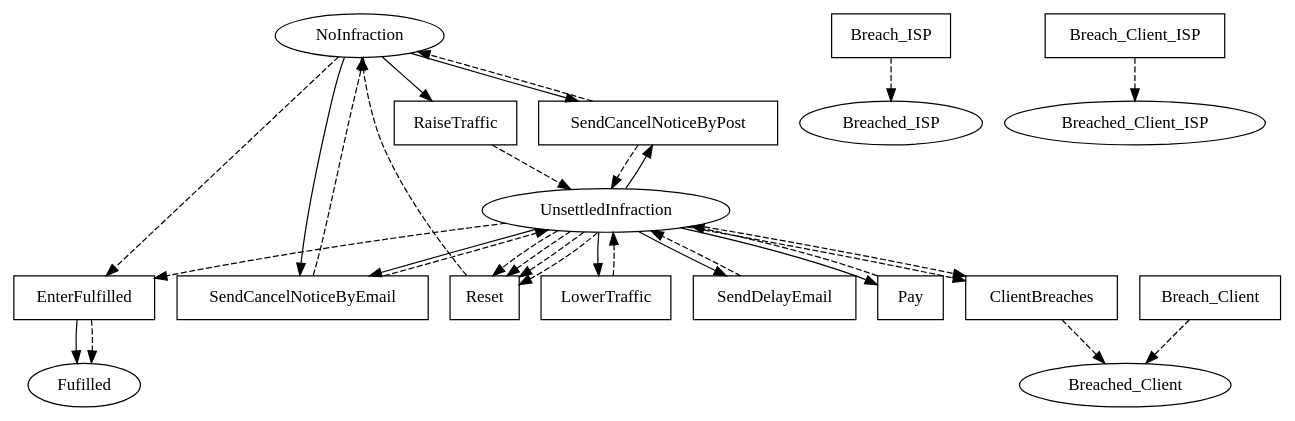
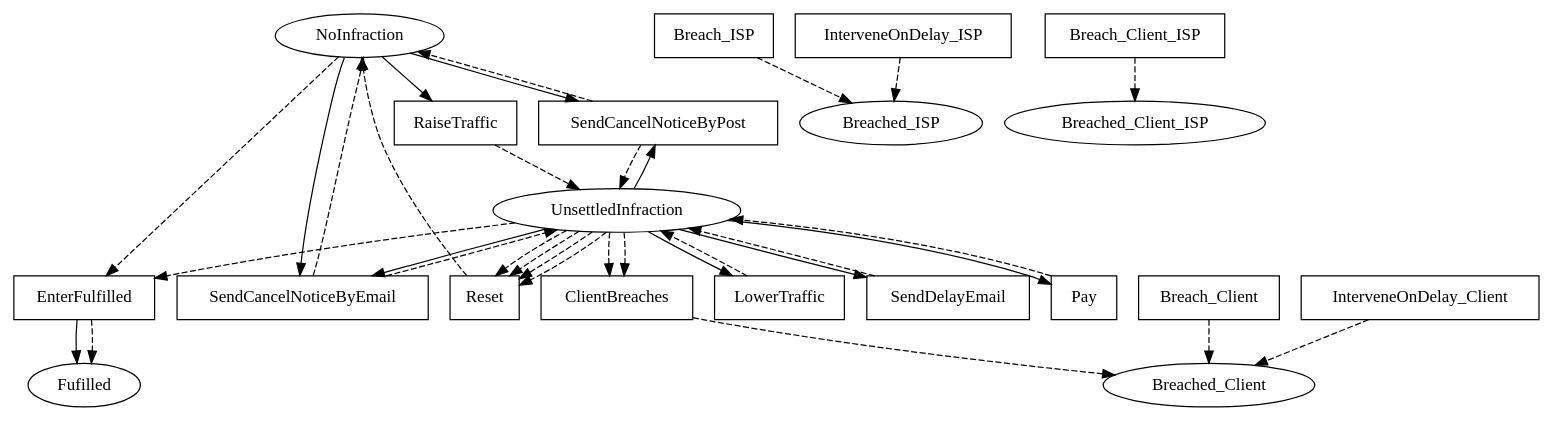
One commit to Marcao02/complaw-deeptech changed the diagram in linear_state_machine_language/pyL4/examples/out_graphviz/from_academic_lit/prisacariu_schneider_abdelsadiq_Internet_provision_with_renew.dot. Above: the diagram before and after it, drawn with Graphviz. The commit also changed 71 other files, not shown here.

Commit message:
eliminate `discretionary` and `should` keywords and introduce `Arbiter` Role and `interveneOnDelay` actions

```diff
--- a/linear_state_machine_language/pyL4/examples/out_graphviz/from_academic_lit/prisacariu_schneider_abdelsadiq_Internet_provision_with_renew.dot
+++ b/linear_state_machine_language/pyL4/examples/out_graphviz/from_academic_lit/prisacariu_schneider_abdelsadiq_Internet_provision_with_renew.dot
@@ -1,61 +1,65 @@
 // THIS IS A GENERATED FILE. DO NOT EDIT.
 
 digraph PS_Internet_Provision {    
     Fulfilled[label=Fufilled];
     NoInfraction[label=NoInfraction];
 	UnsettledInfraction[label=UnsettledInfraction];
 	Breached_ISP[label=Breached_ISP];
 	Breached_Client[label=Breached_Client];
 	Breached_Client_ISP[label=Breached_Client_ISP]
     
     EnterFulfilled[label=EnterFufilled,shape=box]; 
     SendCancelNoticeByPost[label=SendCancelNoticeByPost,shape=box];
 	SendCancelNoticeByEmail[label=SendCancelNoticeByEmail,shape=box];
 	Reset[label=Reset,shape=box];
 	RaiseTraffic[label=RaiseTraffic,shape=box];
 	LowerTraffic[label=LowerTraffic,shape=box];
 	SendDelayEmail[label=SendDelayEmail,shape=box];
 	Pay[label=Pay,shape=box];
 	ClientBreaches[label=ClientBreaches,shape=box];
 	EnterFulfilled[label=EnterFulfilled,shape=box];
 	Breach_ISP[label=Breach_ISP,shape=box];
 	Breach_Client[label=Breach_Client,shape=box];
-	Breach_Client_ISP[label=Breach_Client_ISP,shape=box]    
+	Breach_Client_ISP[label=Breach_Client_ISP,shape=box];
+	InterveneOnDelay_ISP[label=InterveneOnDelay_ISP,shape=box];
+	InterveneOnDelay_Client[label=InterveneOnDelay_Client,shape=box]    
     
     EnterFulfilled -> Fulfilled;
     
     NoInfraction -> RaiseTraffic;
 	NoInfraction -> EnterFulfilled [style=dashed];
 	NoInfraction -> SendCancelNoticeByPost;
 	NoInfraction -> SendCancelNoticeByEmail;
 	UnsettledInfraction -> SendCancelNoticeByPost;
 	UnsettledInfraction -> SendCancelNoticeByEmail;
 	UnsettledInfraction -> LowerTraffic;
 	UnsettledInfraction -> SendDelayEmail;
 	UnsettledInfraction -> Pay;
 	UnsettledInfraction -> Reset [style=dashed];
 	UnsettledInfraction -> ClientBreaches [style=dashed];
 	UnsettledInfraction -> Reset [style=dashed];
 	UnsettledInfraction -> Reset [style=dashed];
 	UnsettledInfraction -> Reset [style=dashed];
 	UnsettledInfraction -> ClientBreaches [style=dashed];
 	UnsettledInfraction -> EnterFulfilled [style=dashed]
     
     Reset -> NoInfraction [style=dashed];
 	RaiseTraffic -> UnsettledInfraction [style=dashed];
 	LowerTraffic -> UnsettledInfraction [style=dashed];
 	Pay -> UnsettledInfraction [style=dashed];
 	ClientBreaches -> Breached_Client [style=dashed];
 	EnterFulfilled -> Fulfilled [style=dashed];
 	Breach_ISP -> Breached_ISP [style=dashed];
 	Breach_Client -> Breached_Client [style=dashed];
 	Breach_Client_ISP -> Breached_Client_ISP [style=dashed];
+	InterveneOnDelay_ISP -> Breached_ISP [style=dashed];
+	InterveneOnDelay_Client -> Breached_Client [style=dashed];
 	     
     
     SendCancelNoticeByPost -> NoInfraction [style=dashed];
 	SendCancelNoticeByEmail -> NoInfraction [style=dashed];
 	SendCancelNoticeByPost -> UnsettledInfraction [style=dashed];
 	SendCancelNoticeByEmail -> UnsettledInfraction [style=dashed];
 	SendDelayEmail -> UnsettledInfraction [style=dashed];
 	   
 }
```
